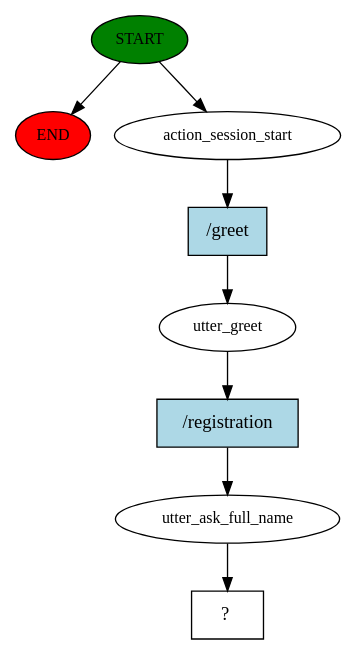
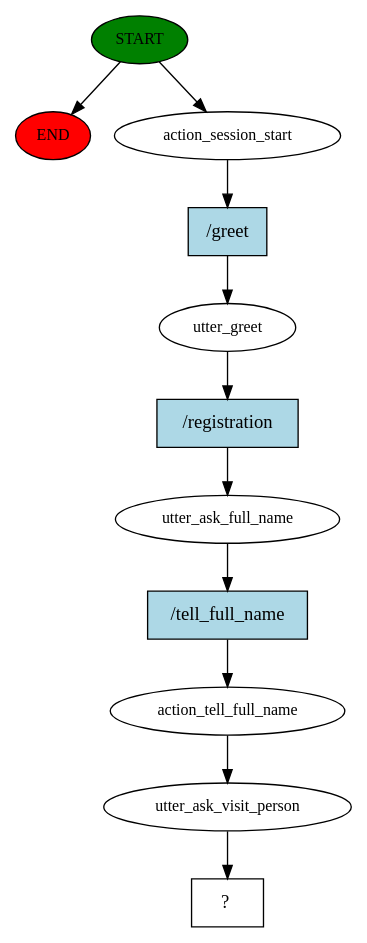
Before and after one commit to chowdhuryshakur/ptp_ai_bot: the diagram in story_graph.dot, drawn with Graphviz. The commit also changed 209 other files, not shown here.

```diff
--- a/story_graph.dot
+++ b/story_graph.dot
@@ -1,17 +1,23 @@
 digraph  {
 0 [class="start active", fillcolor=green, fontsize=12, label=START, style=filled];
 "-1" [class=end, fillcolor=red, fontsize=12, label=END, style=filled];
 1 [class=active, fontsize=12, label=action_session_start];
 2 [class=active, fontsize=12, label=utter_greet];
 3 [class=active, fontsize=12, label=utter_ask_full_name];
-4 [class="intent dashed active", label="  ?  ", shape=rect];
-5 [class="intent active", fillcolor=lightblue, label="/greet", shape=rect, style=filled];
-6 [class="intent active", fillcolor=lightblue, label="/registration", shape=rect, style=filled];
+4 [class=active, fontsize=12, label=action_tell_full_name];
+5 [class=active, fontsize=12, label=utter_ask_visit_person];
+6 [class="intent dashed active", label="  ?  ", shape=rect];
+7 [class="intent active", fillcolor=lightblue, label="/greet", shape=rect, style=filled];
+8 [class="intent active", fillcolor=lightblue, label="/registration", shape=rect, style=filled];
+9 [class="intent active", fillcolor=lightblue, label="/tell_full_name", shape=rect, style=filled];
 0 -> "-1"  [class="", key=NONE, label=""];
 0 -> 1  [class=active, key=NONE, label=""];
-1 -> 5  [class=active, key=0];
-2 -> 6  [class=active, key=0];
-3 -> 4  [class=active, key=NONE, label=""];
-5 -> 2  [class=active, key=0];
-6 -> 3  [class=active, key=0];
+1 -> 7  [class=active, key=0];
+2 -> 8  [class=active, key=0];
+3 -> 9  [class=active, key=0];
+4 -> 5  [class=active, key=NONE, label=""];
+5 -> 6  [class=active, key=NONE, label=""];
+7 -> 2  [class=active, key=0];
+8 -> 3  [class=active, key=0];
+9 -> 4  [class=active, key=0];
 }
```
